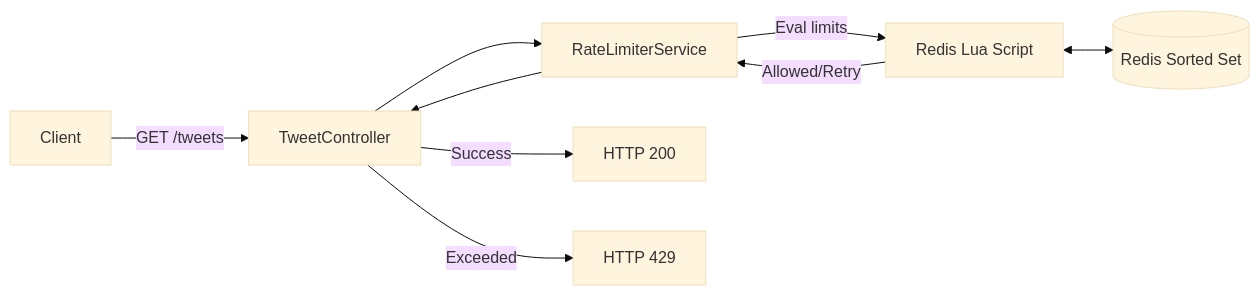
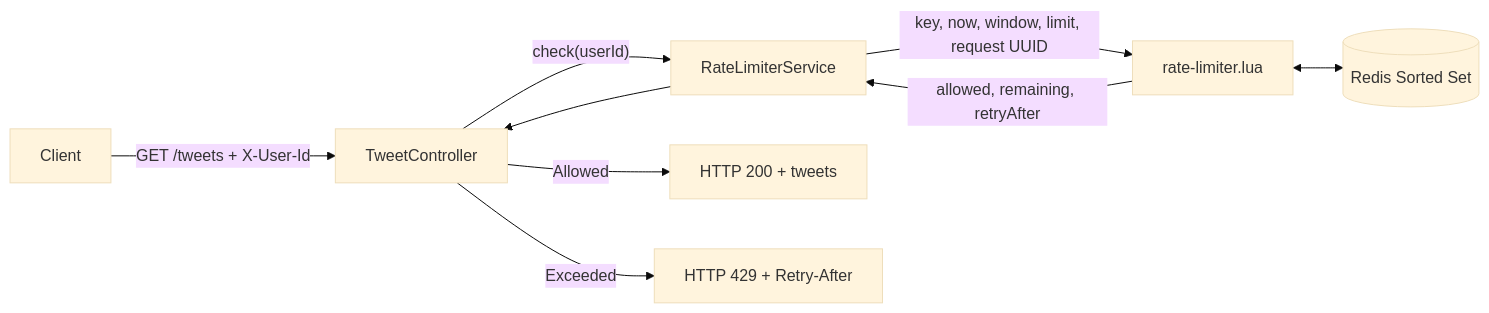
One commit to DennyM55/rate-limiter changed the first of 2 diagrams in README.md. Above: the diagram before and after it, drawn with Mermaid (base theme). The commit also changed other lines of this file, not shown here.

````diff
--- a/README.md
+++ b/README.md
@@ -19,11 +66,11 @@
 ```mermaid
 flowchart LR
-    C[Client] -->|GET /tweets| TC[TweetController]
-    TC --> RLS[RateLimiterService]
-    RLS -->|Eval limits| LUA[Redis Lua Script]
-    LUA <--> ZSET[(Redis Sorted Set)]
-    LUA -->|Allowed/Retry| RLS
+    C["Client"] -->|"GET /tweets + X-User-Id"| TC["TweetController"]
+    TC -->|"check(userId)"| RLS["RateLimiterService"]
+    RLS -->|"key, now, window, limit, request UUID"| LUA["rate-limiter.lua"]
+    LUA <--> ZSET[("Redis Sorted Set")]
+    LUA -->|"allowed, remaining, retryAfter"| RLS
     RLS --> TC
-    TC -->|Success| OK[HTTP 200]
-    TC -->|Exceeded| NO[HTTP 429]
+    TC -->|"Allowed"| OK["HTTP 200 + tweets"]
+    TC -->|"Exceeded"| NO["HTTP 429 + Retry-After"]
 ```
````
